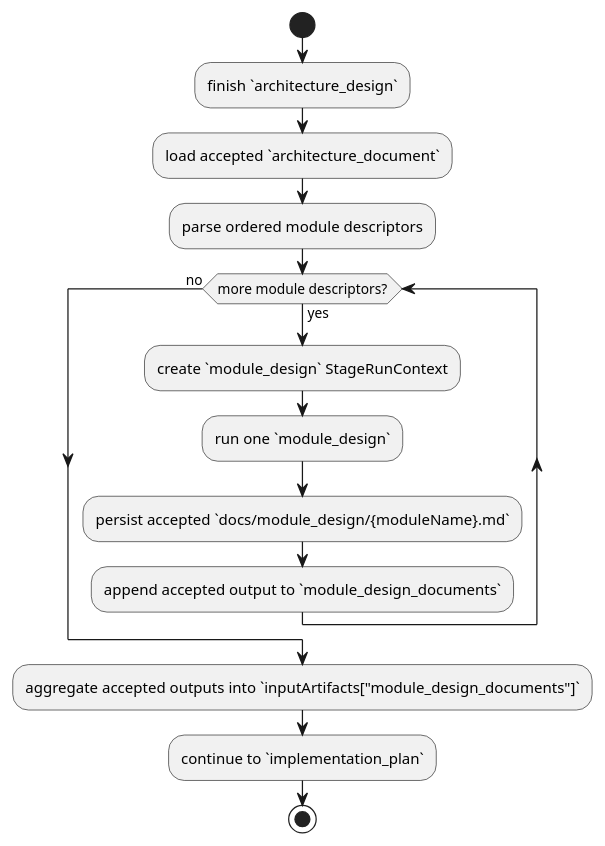
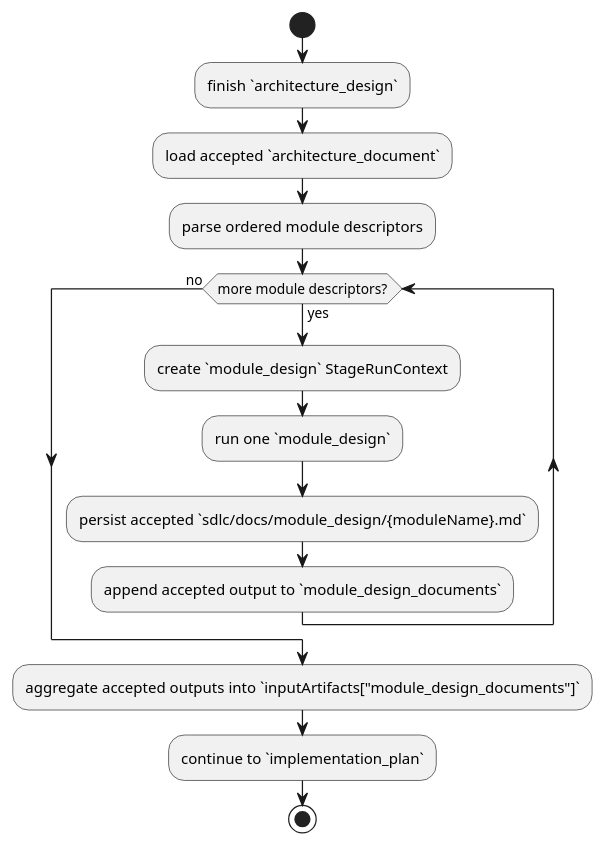
One commit to lucky-chen/ai_workflow_travel changed the fifth of 5 diagrams in meta_layer/docs/design_docs/Workflow/Pipeline.md. Above: the diagram before and after it, drawn with PlantUML. The commit also changed 33 other files, not shown here.

````diff
--- a/meta_layer/docs/design_docs/Workflow/Pipeline.md
+++ b/meta_layer/docs/design_docs/Workflow/Pipeline.md
@@ -597,21 +597,21 @@
 ```plantuml
 @startuml
 start
 
 :finish `architecture_design`;
 :load accepted `architecture_document`;
 :parse ordered module descriptors;
 
 while (more module descriptors?) is (yes)
   :create `module_design` StageRunContext;
   :run one `module_design`;
-  :persist accepted `docs/module_design/{moduleName}.md`;
+  :persist accepted `sdlc/docs/module_design/{moduleName}.md`;
   :append accepted output to `module_design_documents`;
 endwhile (no)
 
 :aggregate accepted outputs into `inputArtifacts["module_design_documents"]`;
 :continue to `implementation_plan`;
 
 stop
 @enduml
 ```
````
